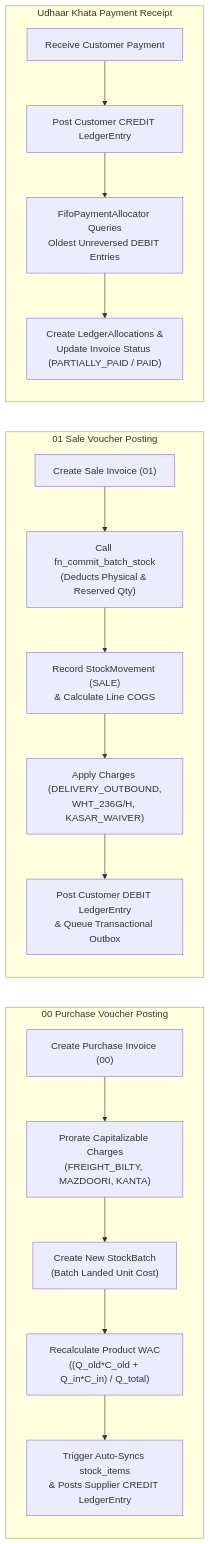
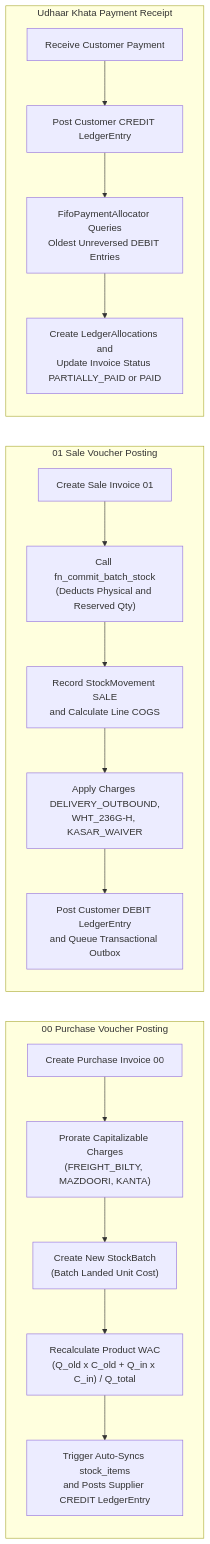
One commit to Haiderali445/LedgerAI changed the sixth of 6 diagrams in README.md. Above: the diagram before and after it, drawn with Mermaid. The commit also changed other lines of this file and 59 other files, not shown here.

````diff
--- a/README.md
+++ b/README.md
@@ -541,22 +594,22 @@
 ```mermaid
 flowchart LR
     subgraph PurchaseFlow["00 Purchase Voucher Posting"]
-        P1["Create Purchase Invoice (00)"] --> P2["Prorate Capitalizable Charges\n(FREIGHT_BILTY, MAZDOORI, KANTA)"]
-        P2 --> P3["Create New StockBatch\n(Batch Landed Unit Cost)"]
-        P3 --> P4["Recalculate Product WAC\n((Q_old*C_old + Q_in*C_in) / Q_total)"]
-        P4 --> P5["Trigger Auto-Syncs stock_items\n& Posts Supplier CREDIT LedgerEntry"]
+        P1["Create Purchase Invoice 00"] --> P2["Prorate Capitalizable Charges<br/>(FREIGHT_BILTY, MAZDOORI, KANTA)"]
+        P2 --> P3["Create New StockBatch<br/>(Batch Landed Unit Cost)"]
+        P3 --> P4["Recalculate Product WAC<br/>(Q_old x C_old + Q_in x C_in) / Q_total"]
+        P4 --> P5["Trigger Auto-Syncs stock_items<br/>and Posts Supplier CREDIT LedgerEntry"]
     end
 
     subgraph SaleFlow["01 Sale Voucher Posting"]
-        S1["Create Sale Invoice (01)"] --> S2["Call fn_commit_batch_stock\n(Deducts Physical & Reserved Qty)"]
-        S2 --> S3["Record StockMovement (SALE)\n& Calculate Line COGS"]
-        S3 --> S4["Apply Charges (DELIVERY_OUTBOUND,\nWHT_236G/H, KASAR_WAIVER)"]
-        S4 --> S5["Post Customer DEBIT LedgerEntry\n& Queue Transactional Outbox"]
+        S1["Create Sale Invoice 01"] --> S2["Call fn_commit_batch_stock<br/>(Deducts Physical and Reserved Qty)"]
+        S2 --> S3["Record StockMovement SALE<br/>and Calculate Line COGS"]
+        S3 --> S4["Apply Charges DELIVERY_OUTBOUND,<br/>WHT_236G-H, KASAR_WAIVER"]
+        S4 --> S5["Post Customer DEBIT LedgerEntry<br/>and Queue Transactional Outbox"]
     end
 
     subgraph SettlementFlow["Udhaar Khata Payment Receipt"]
         R1["Receive Customer Payment"] --> R2["Post Customer CREDIT LedgerEntry"]
-        R2 --> R3["FifoPaymentAllocator Queries\nOldest Unreversed DEBIT Entries"]
-        R3 --> R4["Create LedgerAllocations &\nUpdate Invoice Status (PARTIALLY_PAID / PAID)"]
+        R2 --> R3["FifoPaymentAllocator Queries<br/>Oldest Unreversed DEBIT Entries"]
+        R3 --> R4["Create LedgerAllocations and<br/>Update Invoice Status PARTIALLY_PAID or PAID"]
     end
 ```
````
